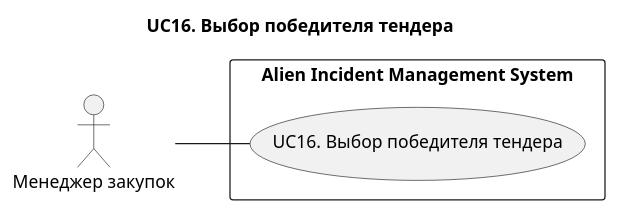
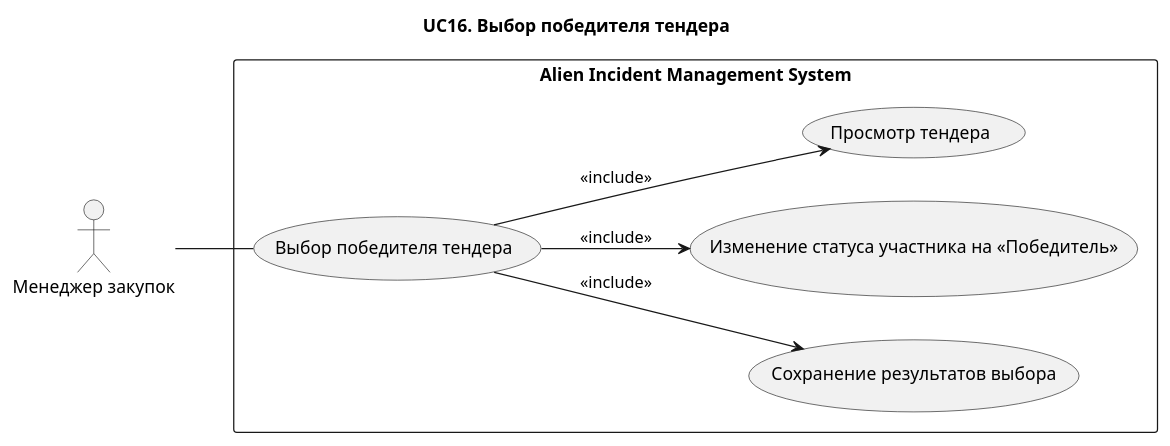
Before and after one commit to Andryss/AIMS: the diagram in docs/use-case/UC16.md, drawn with PlantUML. The commit also changed other lines of this file and 23 other files, not shown here.

Commit message:
docs: refine use-case diagrams and centralize rendering commands

````diff
--- a/docs/use-case/UC16.md
+++ b/docs/use-case/UC16.md
@@ -3,15 +5,25 @@
 ```plantuml
 @startuml
 title UC16. Выбор победителя тендера
 left to right direction
 
 actor "Менеджер закупок" as Procurement
 
 rectangle "Alien Incident Management System" {
-  usecase "UC16. Выбор победителя тендера" as UC16
+
+(Выбор победителя тендера) as UC11
+
+(Сохранение результатов выбора) as UC115
+(Изменение статуса участника на «Победитель») as UC114
+(Просмотр тендера) as UC111
+
 }
 
-Procurement -- UC16
+Procurement -- UC11
+
+UC11 --> UC111 : <<include>>
+UC11 --> UC114 : <<include>>
+UC11 --> UC115 : <<include>>
 
 @enduml
 ```
````
